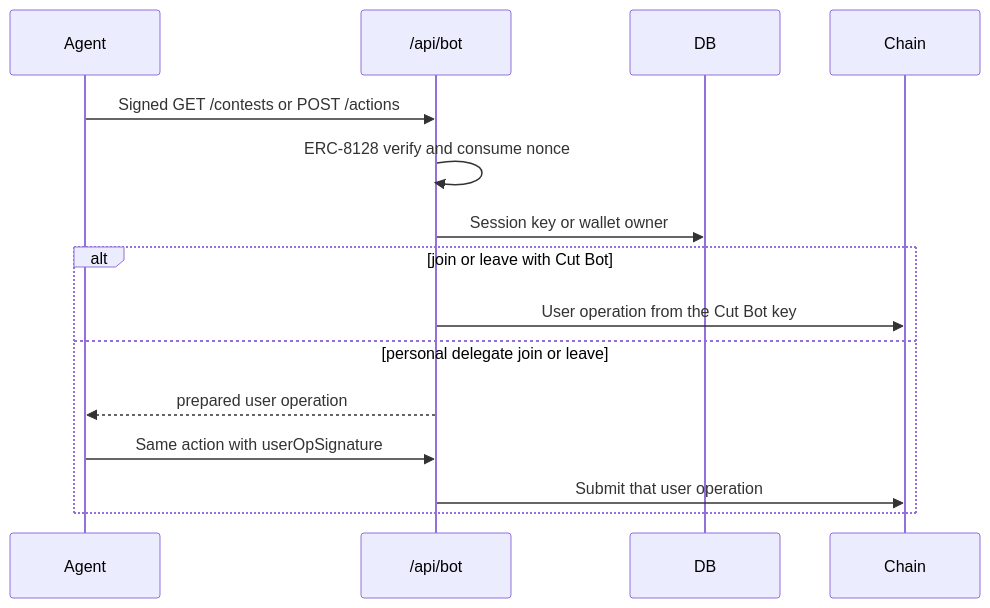
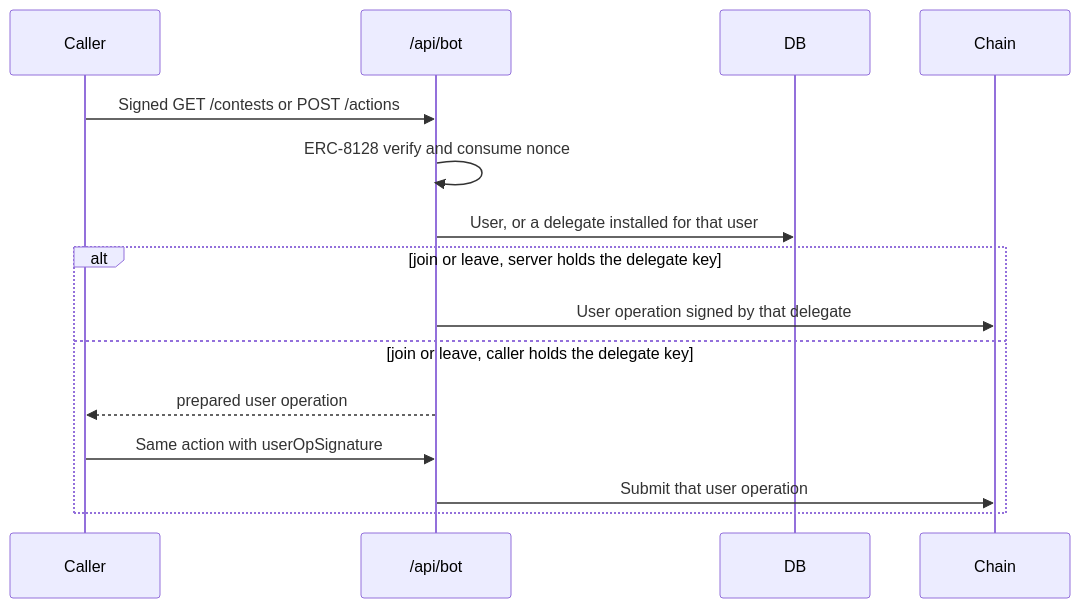
Before and after one commit to MagRelo/cut: the third of 7 diagrams in spec/cross-layer.md, drawn with Mermaid. The commit also changed other lines of this file and 10 other files, not shown here.

First line of the commit message:
refactor: update terminology from agent to delegate for clarity

````diff
--- a/spec/cross-layer.md
+++ b/spec/cross-layer.md
@@ -82,18 +82,18 @@
 ```mermaid
 sequenceDiagram
-  participant Agent
+  participant Caller
   participant API as /api/bot
   participant DB
   participant Chain
 
-  Agent->>API: Signed GET /contests or POST /actions
+  Caller->>API: Signed GET /contests or POST /actions
   API->>API: ERC-8128 verify and consume nonce
-  API->>DB: Session key or wallet owner
-  alt join or leave with Cut Bot
-    API->>Chain: User operation from the Cut Bot key
-  else personal delegate join or leave
-    API-->>Agent: prepared user operation
-    Agent->>API: Same action with userOpSignature
+  API->>DB: User, or a delegate installed for that user
+  alt join or leave, server holds the delegate key
+    API->>Chain: User operation signed by that delegate
+  else join or leave, caller holds the delegate key
+    API-->>Caller: prepared user operation
+    Caller->>API: Same action with userOpSignature
     API->>Chain: Submit that user operation
   end
 ```
````
